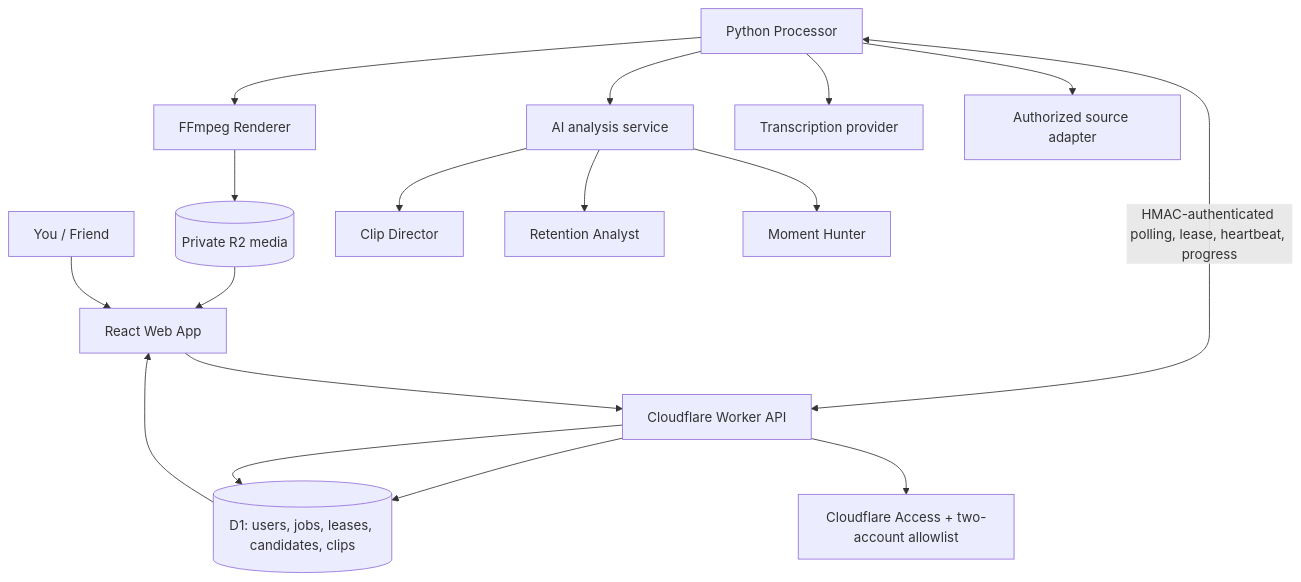
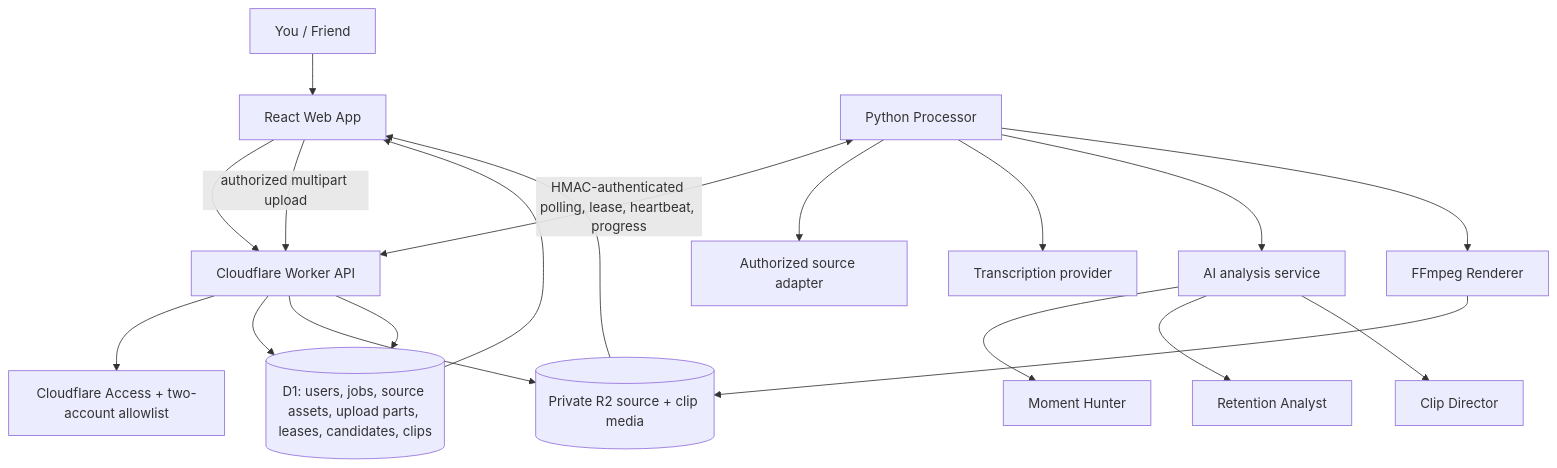
The diagram in docs/ARCHITECTURE.md (prasunmukherjeeee28-ops/ClipForge-AI), drawn with Mermaid before and after one commit. The commit also changed other lines of this file, not shown here.

Commit message:
Update architecture for authorized source uploads

````diff
--- a/docs/ARCHITECTURE.md
+++ b/docs/ARCHITECTURE.md
@@ -7,19 +7,21 @@
 ```mermaid
 flowchart TD
  U[You / Friend] --> WEB[React Web App]
  WEB --> API[Cloudflare Worker API]
  API --> AUTH[Cloudflare Access + two-account allowlist]
- API --> DB[(D1: users, jobs, leases, candidates, clips)]
+ API --> DB[(D1: users, jobs, source assets, upload parts, leases, candidates, clips)]
  PY[Python Processor] <-->|HMAC-authenticated polling, lease, heartbeat, progress| API
  PY --> SRC[Authorized source adapter]
  PY --> ASR[Transcription provider]
  PY --> AI[AI analysis service]
  AI --> MH[Moment Hunter]
  AI --> RA[Retention Analyst]
  AI --> CD[Clip Director]
  PY --> FF[FFmpeg Renderer]
- FF --> R2[(Private R2 media)]
+ WEB -->|authorized multipart upload| API
+ API --> R2[(Private R2 source + clip media)]
+ FF --> R2
  API --> DB
  DB --> WEB
  R2 --> WEB
 ```
````
